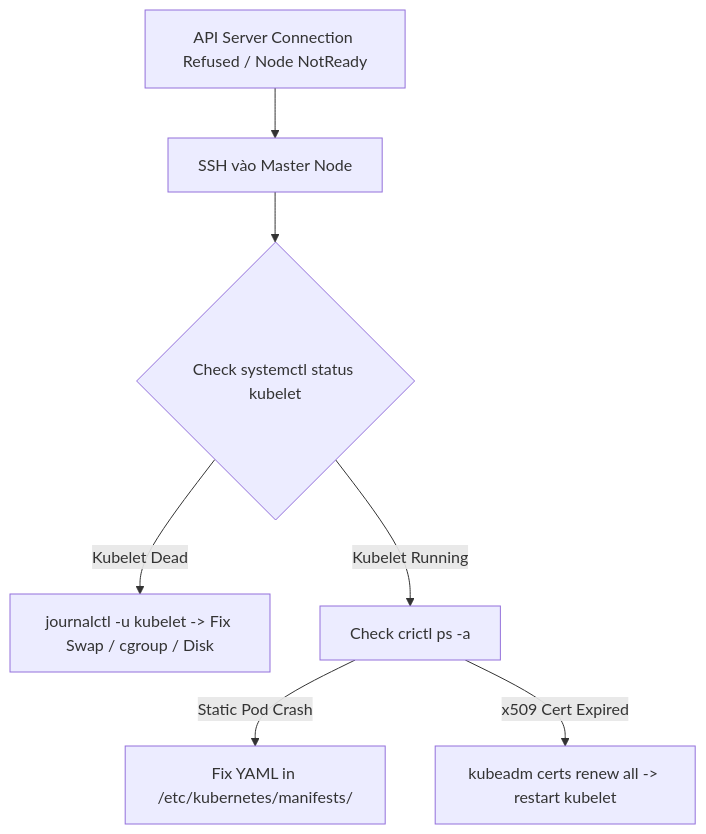
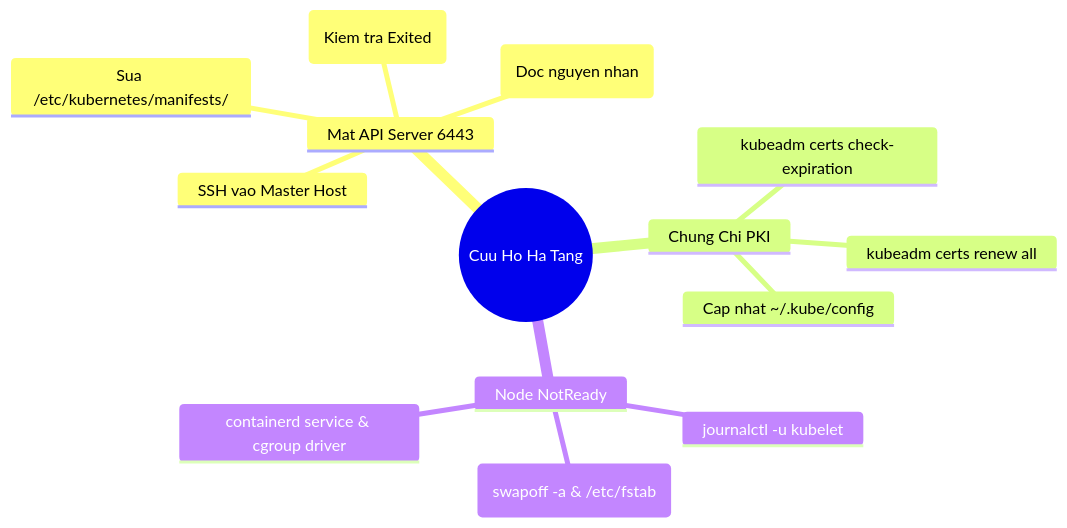
Before and after one commit to kiennt308/ntk: the third of 3 diagrams in _posts/2026-09-12-cka-29-29-chan-doan-control-plane-va-node.md, drawn with Mermaid. The commit also changed other lines of this file and 39 other files, not shown here.

````diff
--- a/_posts/2026-09-12-cka-29-29-chan-doan-control-plane-va-node.md
+++ b/_posts/2026-09-12-cka-29-29-chan-doan-control-plane-va-node.md
@@ -303,11 +423,17 @@
 ```mermaid
-graph TD
-    Trouble[API Server Connection Refused / Node NotReady] --> SSH[SSH vào Master Node]
-    SSH --> KubeletStatus{"Check systemctl status kubelet"}
-    
-    KubeletStatus -->|"Kubelet Dead"| FixKubelet[journalctl -u kubelet -> Fix Swap / cgroup / Disk]
-    KubeletStatus -->|"Kubelet Running"| CheckCRI[Check crictl ps -a]
-    
-    CheckCRI -->|"Static Pod Crash"| FixManifest[Fix YAML in /etc/kubernetes/manifests/]
-    CheckCRI -->|"x509 Cert Expired"| FixCert[kubeadm certs renew all -> restart kubelet]
+mindmap
+  root((Cuu Ho Ha Tang))
+    Mat API Server 6443
+      SSH vao Master Host
+      crictl ps -a (Kiem tra Exited)
+      crictl logs <id> (Doc nguyen nhan)
+      Sua /etc/kubernetes/manifests/
+    Chung Chi PKI
+      kubeadm certs check-expiration
+      kubeadm certs renew all
+      Cap nhat ~/.kube/config
+    Node NotReady
+      journalctl -u kubelet
+      Tat Swap (swapoff -a & /etc/fstab)
+      containerd service & cgroup driver
 ```
````
